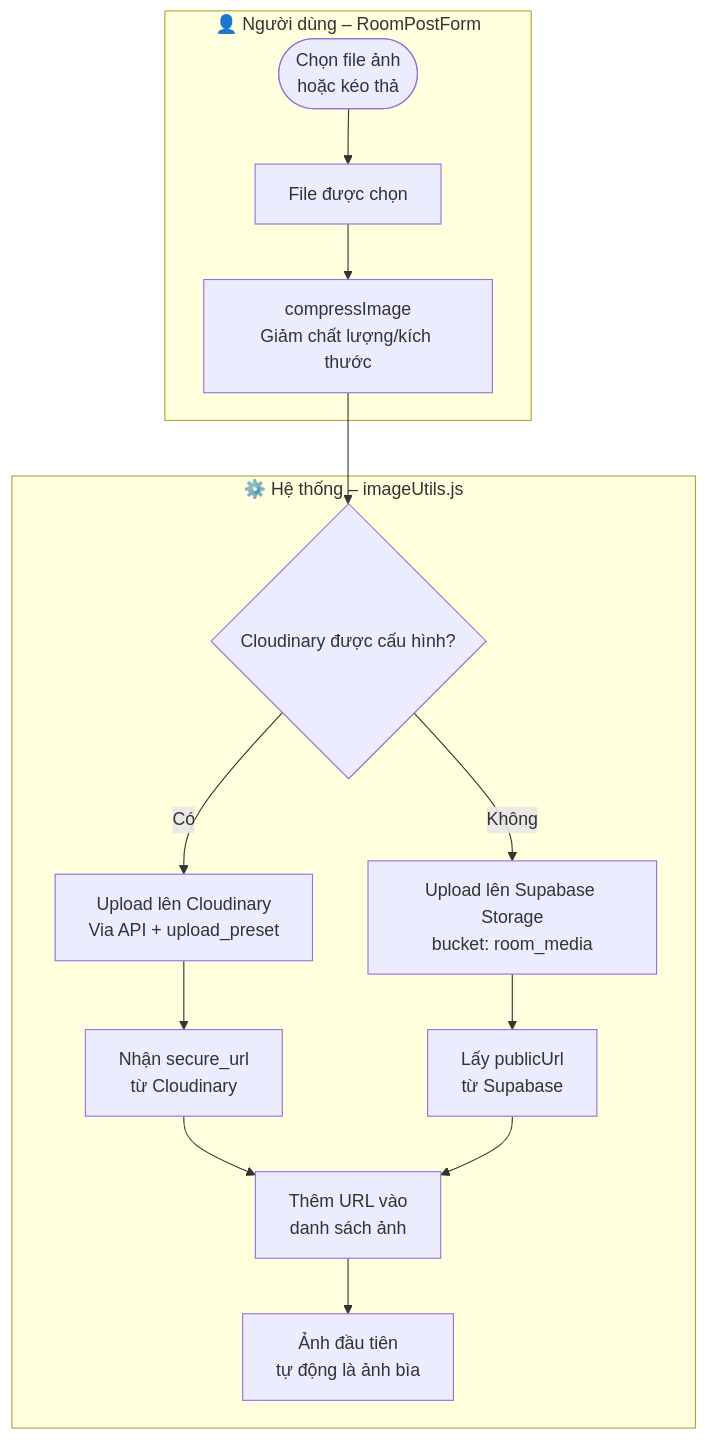
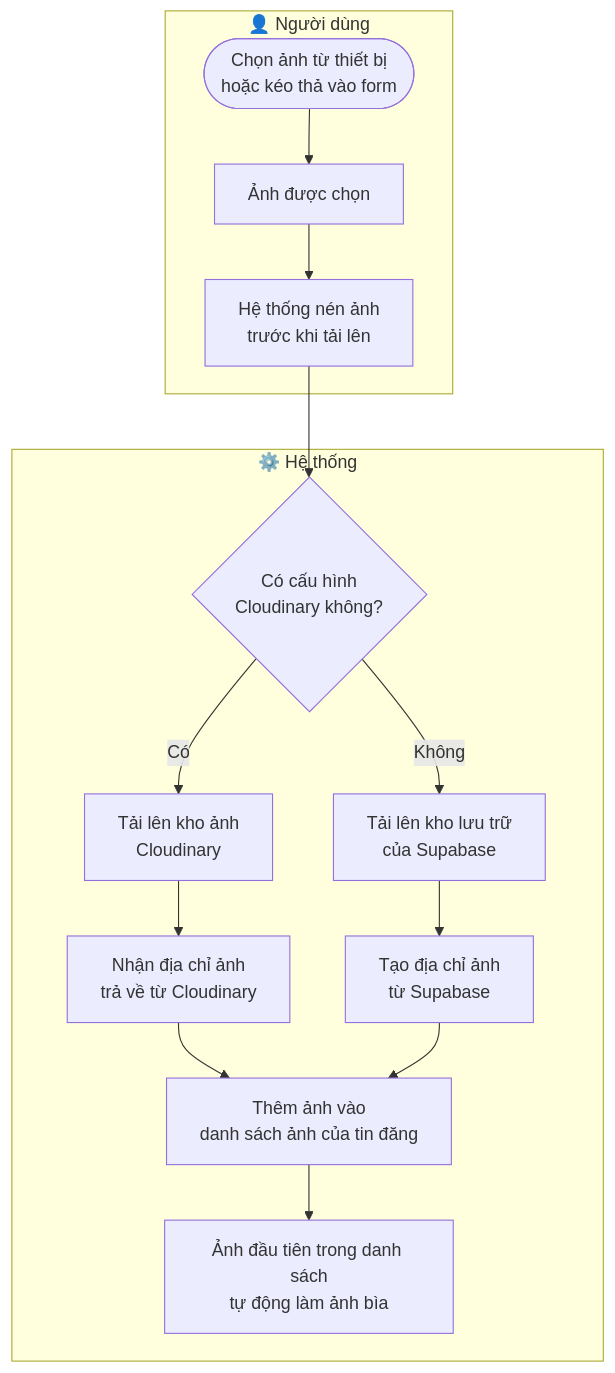
One commit to natelyt12/trotot changed the fourth of 9 diagrams in prj_workflows/04_dashboard_workflow.md. Above: the diagram before and after it, drawn with Mermaid. The commit also changed other lines of this file and 5 other files, not shown here.

````diff
--- a/prj_workflows/04_dashboard_workflow.md
+++ b/prj_workflows/04_dashboard_workflow.md
@@ -108,17 +108,17 @@
 ```mermaid
 flowchart TD
-    subgraph USER["👤 Người dùng – RoomPostForm"]
-        A([Chọn file ảnh\nhoặc kéo thả]) --> B[File được chọn]
-        B --> C[compressImage\nGiảm chất lượng/kích thước]
+    subgraph USER["👤 Người dùng"]
+        A([Chọn ảnh từ thiết bị\nhoặc kéo thả vào form]) --> B[Ảnh được chọn]
+        B --> C[Hệ thống nén ảnh\ntrước khi tải lên]
     end
 
-    subgraph SYSTEM["⚙️ Hệ thống – imageUtils.js"]
-        C --> D{Cloudinary được cấu hình?}
-        D -- Có --> E[Upload lên Cloudinary\nVia API + upload_preset]
-        D -- Không --> F[Upload lên Supabase Storage\nbucket: room_media]
-        E --> G[Nhận secure_url\ntừ Cloudinary]
-        F --> H[Lấy publicUrl\ntừ Supabase]
-        G & H --> I[Thêm URL vào\ndanh sách ảnh]
-        I --> J[Ảnh đầu tiên\ntự động là ảnh bìa]
+    subgraph SYSTEM["⚙️ Hệ thống"]
+        C --> D{Có cấu hình\nCloudinary không?}
+        D -- Có --> E[Tải lên kho ảnh\nCloudinary]
+        D -- Không --> F[Tải lên kho lưu trữ\ncủa Supabase]
+        E --> G[Nhận địa chỉ ảnh\ntrả về từ Cloudinary]
+        F --> H[Tạo địa chỉ ảnh\ntừ Supabase]
+        G & H --> I[Thêm ảnh vào\ndanh sách ảnh của tin đăng]
+        I --> J[Ảnh đầu tiên trong danh sách\ntự động làm ảnh bìa]
     end
 ```
````
